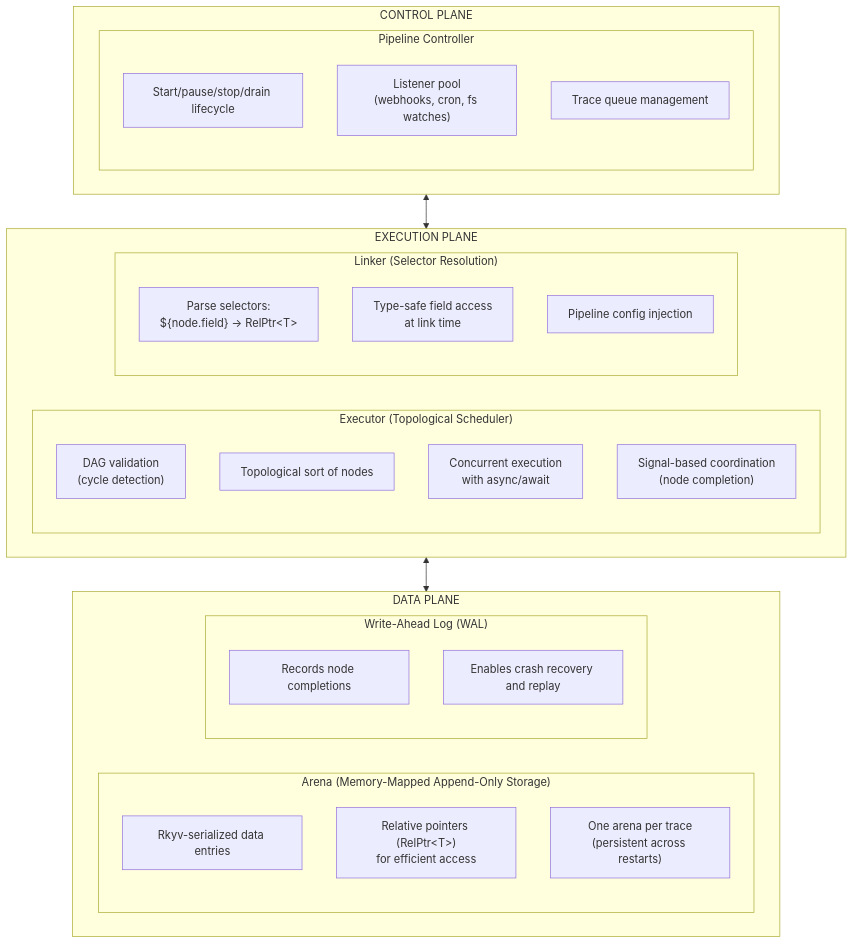
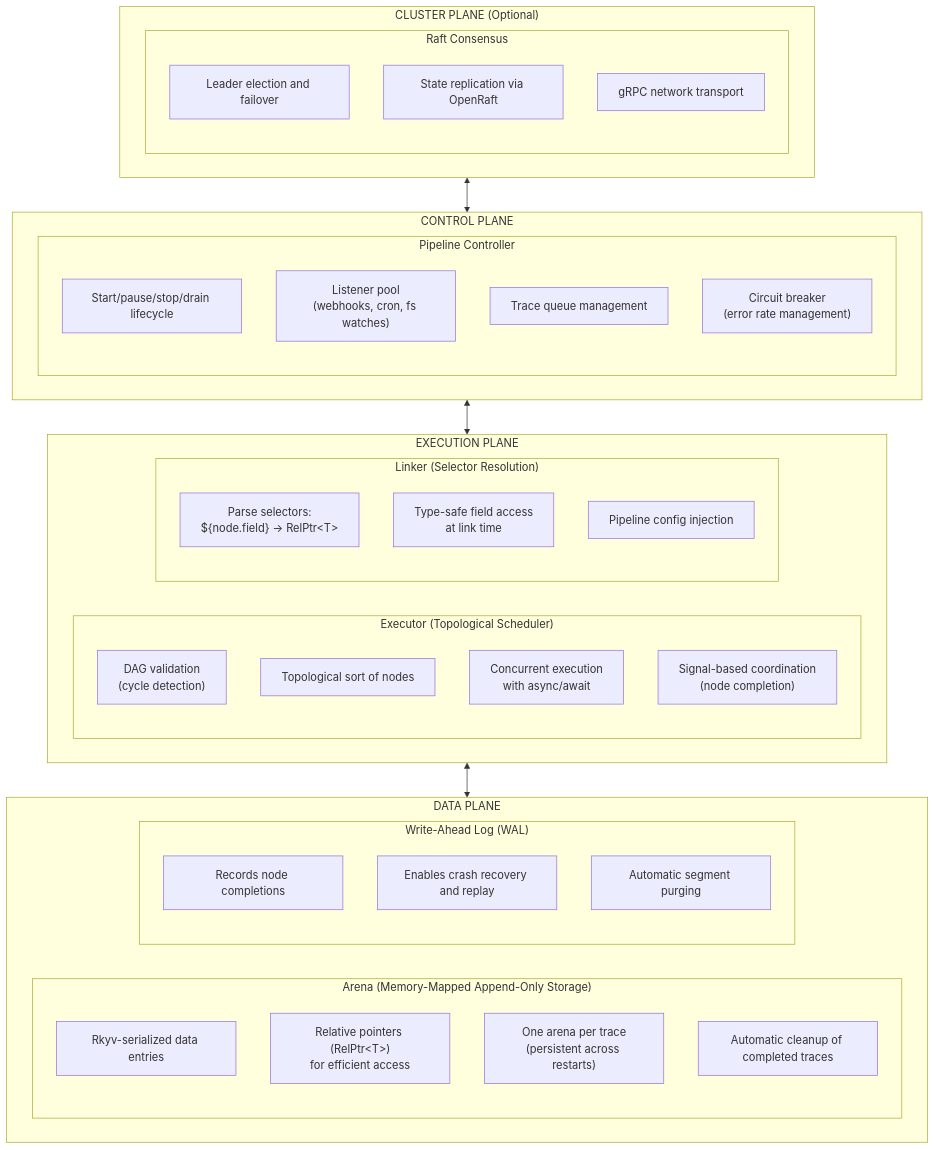
Before and after one commit to farhan-syah/xerv: the first of 5 diagrams in docs/architecture.md, drawn with Mermaid. The commit also changed other lines of this file and 4 other files, not shown here.

````diff
--- a/docs/architecture.md
+++ b/docs/architecture.md
@@ -9,39 +9,51 @@
 ```mermaid
 graph TB
+    subgraph Cluster["CLUSTER PLANE (Optional)"]
+        subgraph Raft["Raft Consensus"]
+            R1["Leader election and failover"]
+            R2["State replication via OpenRaft"]
+            R3["gRPC network transport"]
+        end
+    end
+
     subgraph CP["CONTROL PLANE"]
         subgraph PipCon["Pipeline Controller"]
             PC1["Start/pause/stop/drain lifecycle"]
             PC2["Listener pool<br/>(webhooks, cron, fs watches)"]
             PC3["Trace queue management"]
+            PC4["Circuit breaker<br/>(error rate management)"]
         end
     end
 
     subgraph EP["EXECUTION PLANE"]
         subgraph Exec["Executor (Topological Scheduler)"]
             E1["DAG validation<br/>(cycle detection)"]
             E2["Topological sort of nodes"]
             E3["Concurrent execution<br/>with async/await"]
             E4["Signal-based coordination<br/>(node completion)"]
         end
         subgraph Link["Linker (Selector Resolution)"]
             L1["Parse selectors:<br/>${node.field} → RelPtr&lt;T&gt;"]
             L2["Type-safe field access<br/>at link time"]
             L3["Pipeline config injection"]
         end
     end
 
     subgraph DP["DATA PLANE"]
         subgraph Arena["Arena (Memory-Mapped Append-Only Storage)"]
             A1["Rkyv-serialized data entries"]
             A2["Relative pointers (RelPtr&lt;T&gt;)<br/>for efficient access"]
             A3["One arena per trace<br/>(persistent across restarts)"]
+            A4["Automatic cleanup of completed traces"]
         end
         subgraph WAL["Write-Ahead Log (WAL)"]
             W1["Records node completions"]
             W2["Enables crash recovery and replay"]
+            W3["Automatic segment purging"]
         end
     end
 
+    Cluster <--> CP
     CP <--> EP
     EP <--> DP
 ```
````
